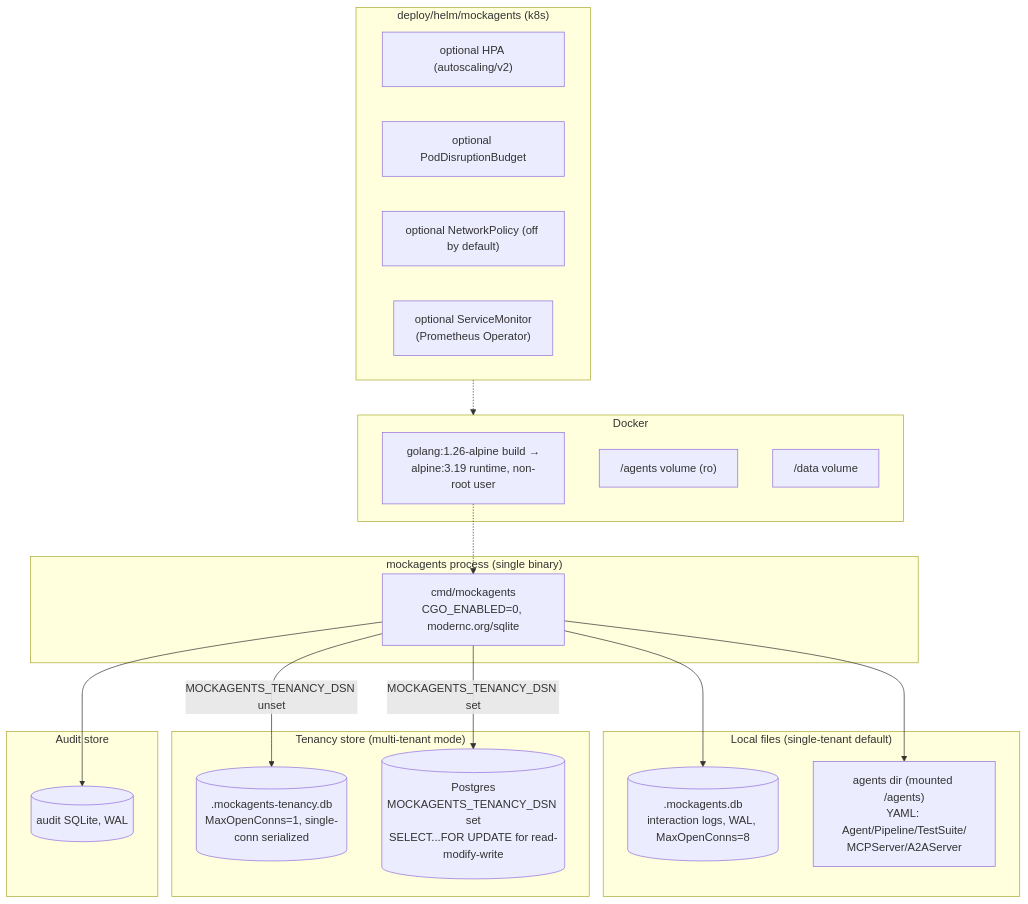
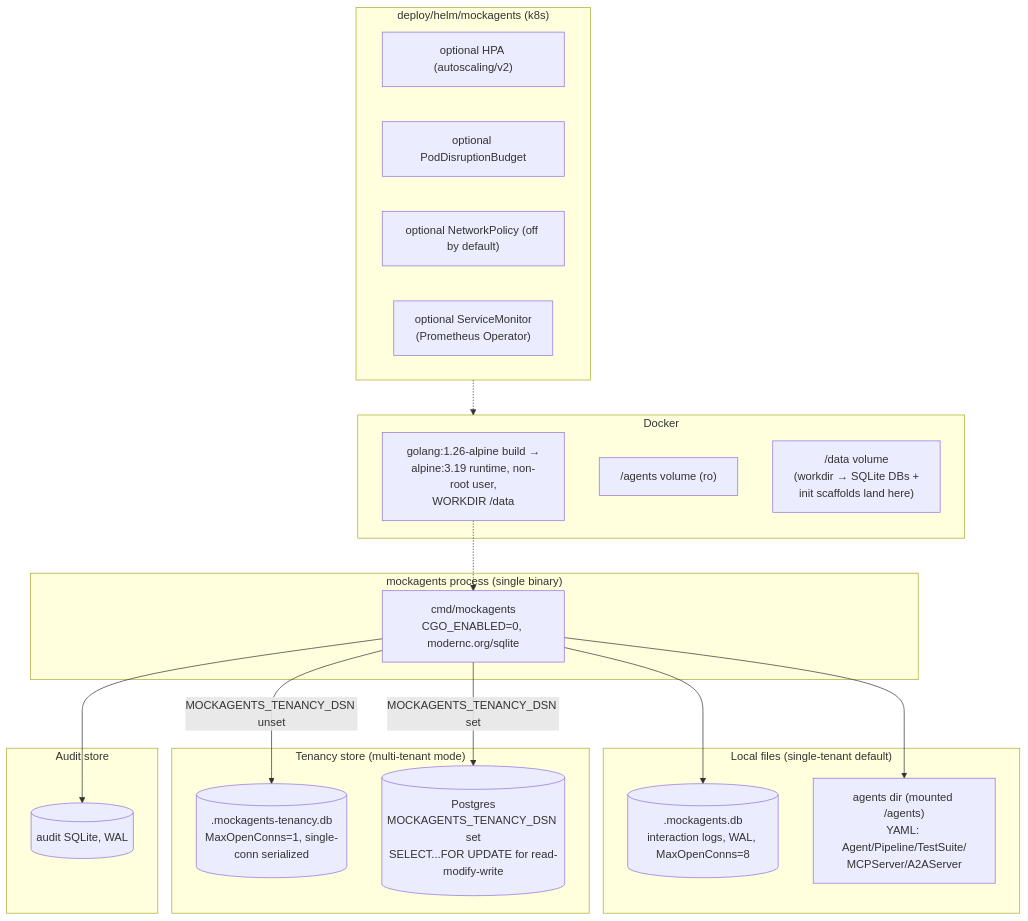
One commit to mockagents/mockagents changed the seventh of 7 diagrams in ARCHITECTURE.md. Above: the diagram before and after it, drawn with Mermaid. The commit also changed other lines of this file and 1 other file, not shown here.

First line of the commit message:
docs(architecture): refresh to current feature set (main @ aa049a8)

````diff
--- a/ARCHITECTURE.md
+++ b/ARCHITECTURE.md
@@ -530,38 +570,38 @@
 ```mermaid
 flowchart TB
     subgraph proc["mockagents process (single binary)"]
         BIN["cmd/mockagents<br/>CGO_ENABLED=0, modernc.org/sqlite"]
     end
     subgraph localfiles["Local files (single-tenant default)"]
         DB1[(".mockagents.db<br/>interaction logs, WAL, MaxOpenConns=8")]
         AGENTS["agents dir (mounted /agents)<br/>YAML: Agent/Pipeline/TestSuite/<br/>MCPServer/A2AServer"]
     end
     subgraph tenantstore["Tenancy store (multi-tenant mode)"]
         SQLITE2[(".mockagents-tenancy.db<br/>MaxOpenConns=1, single-conn serialized")]
         PG[("Postgres<br/>MOCKAGENTS_TENANCY_DSN set<br/>SELECT...FOR UPDATE for read-modify-write")]
     end
     subgraph auditdb["Audit store"]
         DB3[("audit SQLite, WAL")]
     end
 
     BIN --> DB1
     BIN --> AGENTS
     BIN -->|MOCKAGENTS_TENANCY_DSN unset| SQLITE2
     BIN -->|MOCKAGENTS_TENANCY_DSN set| PG
     BIN --> DB3
 
     subgraph docker["Docker"]
-        IMG["golang:1.26-alpine build →<br/>alpine:3.19 runtime, non-root user"]
+        IMG["golang:1.26-alpine build →<br/>alpine:3.19 runtime, non-root user,<br/>WORKDIR /data"]
         VOL1["/agents volume (ro)"]
-        VOL2["/data volume"]
+        VOL2["/data volume<br/>(workdir → SQLite DBs +<br/>init scaffolds land here)"]
     end
     IMG -.-> BIN
 
     subgraph helm["deploy/helm/mockagents (k8s)"]
         HPA["optional HPA (autoscaling/v2)"]
         PDB["optional PodDisruptionBudget"]
         NP["optional NetworkPolicy (off by default)"]
         SM["optional ServiceMonitor<br/>(Prometheus Operator)"]
     end
     helm -.-> docker
 ```
````
